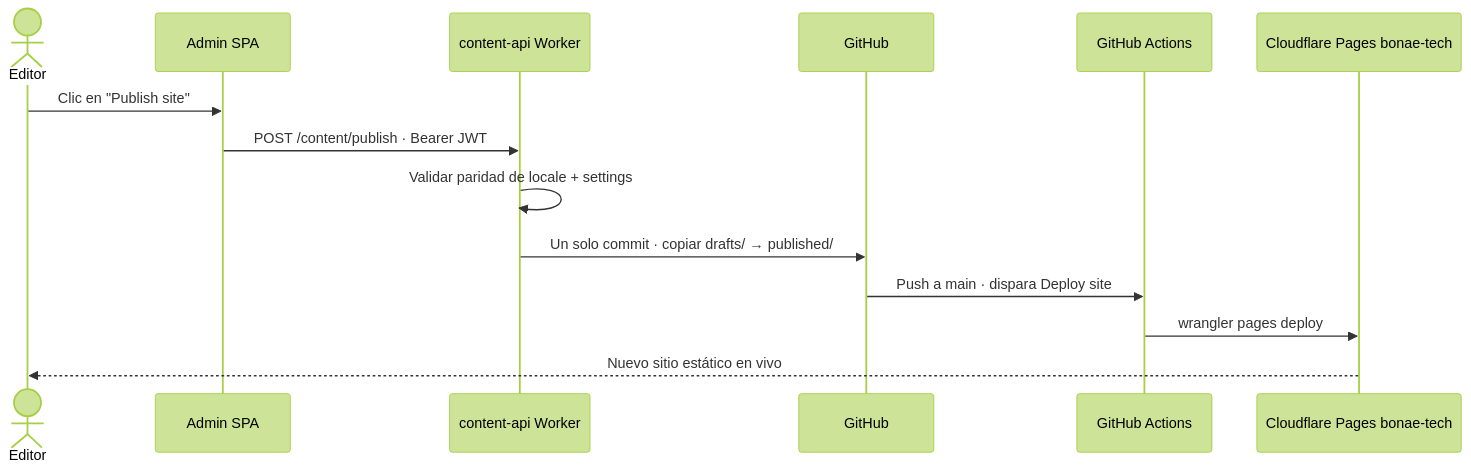
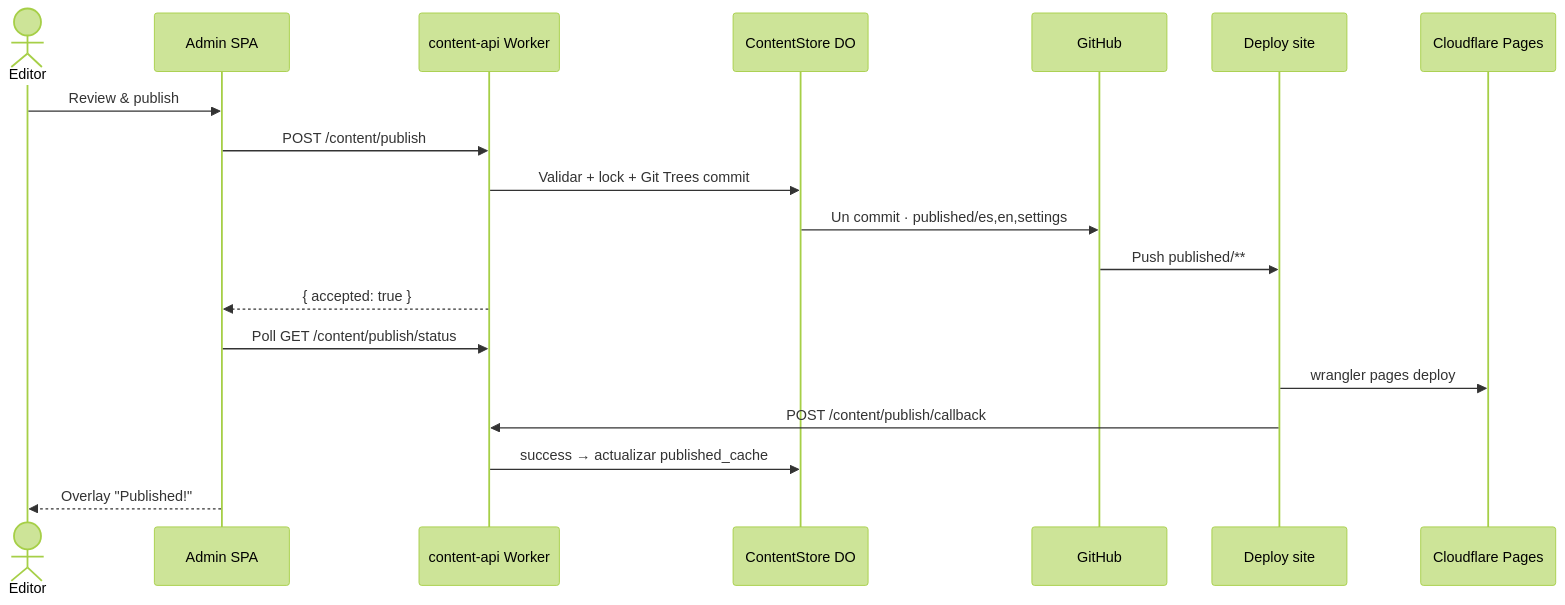
Before and after one commit to Bonae-Tech/bonae-tech: the fourth of 5 diagrams in docs/architecture.md, drawn with Mermaid (forest theme). The commit also changed other lines of this file and 40 other files, not shown here.

First line of the commit message:
ContentStore: SQLite drafts, atomic publish, and admin publish overlay (#77)

````diff
--- a/docs/architecture.md
+++ b/docs/architecture.md
@@ -218,17 +223,23 @@
 ```mermaid
 sequenceDiagram
     actor Editor
     participant SPA as Admin SPA
     participant Worker as content-api Worker
+    participant DO as ContentStore DO
     participant GH as GitHub
-    participant Actions as GitHub Actions
-    participant CF as Cloudflare Pages bonae-tech
+    participant Actions as Deploy site
+    participant CF as Cloudflare Pages
 
-    Editor->>SPA: Clic en "Publish site"
-    SPA->>Worker: POST /content/publish · Bearer JWT
-    Worker->>Worker: Validar paridad de locale + settings
-    Worker->>GH: Un solo commit · copiar drafts/ → published/
-    GH->>Actions: Push a main · dispara Deploy site
+    Editor->>SPA: Review & publish
+    SPA->>Worker: POST /content/publish
+    Worker->>DO: Validar + lock + Git Trees commit
+    DO->>GH: Un commit · published/es,en,settings
+    GH->>Actions: Push published/**
+    Worker-->>SPA: { accepted: true }
+    SPA->>Worker: Poll GET /content/publish/status
+
     Actions->>CF: wrangler pages deploy
-    CF-->>Editor: Nuevo sitio estático en vivo
+    Actions->>Worker: POST /content/publish/callback
+    Worker->>DO: success → actualizar published_cache
+    SPA-->>Editor: Overlay "Published!"
 ```
````
